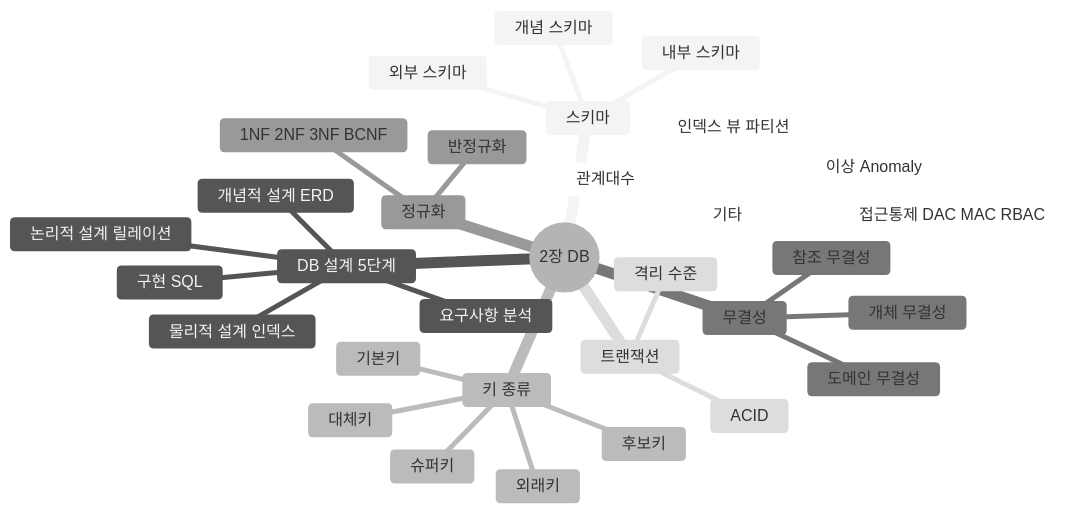
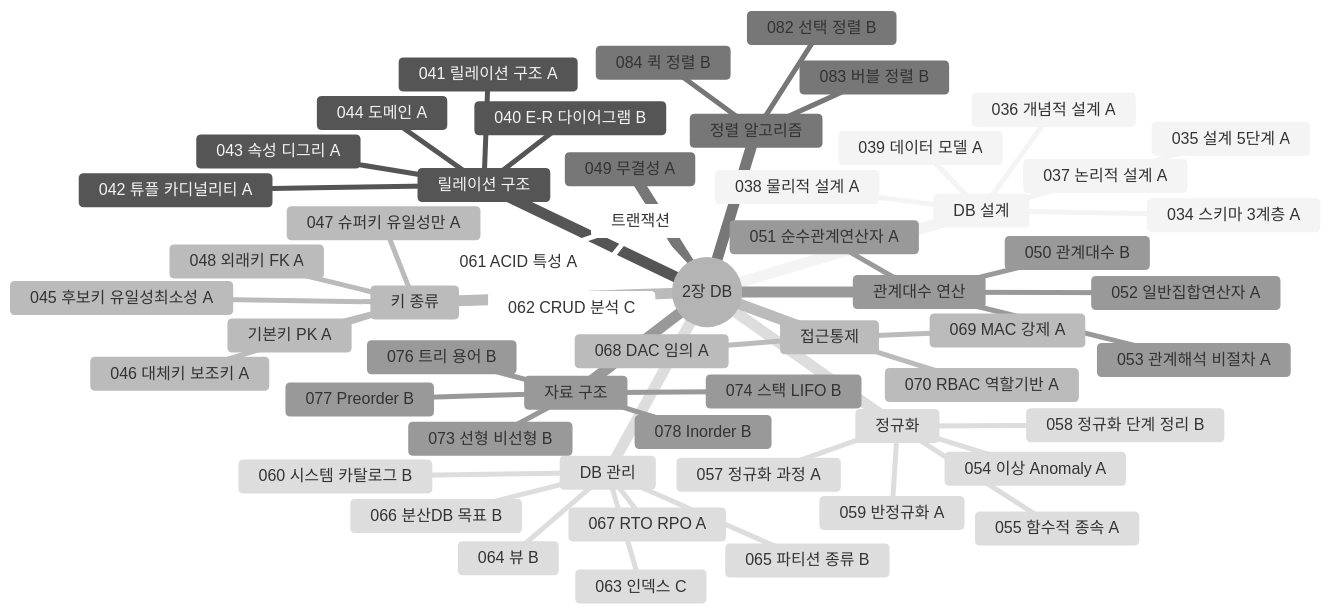
Before and after one commit to Aikaku/EIP_PT: the first of 27 diagrams in 이론/다이어그램_2장.md, drawn with Mermaid (neutral theme). The commit also changed other lines of this file, not shown here.

Commit message:
Docs : 2장 다이어그램 수정

````diff
--- a/이론/다이어그램_2장.md
+++ b/이론/다이어그램_2장.md
@@ -7,35 +7,59 @@
 ```mermaid
 mindmap
   root((2장 DB))
-    스키마
-      외부 스키마
-      개념 스키마
-      내부 스키마
-    DB 설계 5단계
-      요구사항 분석
-      개념적 설계 ERD
-      논리적 설계 릴레이션
-      물리적 설계 인덱스
-      구현 SQL
+    DB 설계
+      034 스키마 3계층 A
+      035 설계 5단계 A
+      036 개념적 설계 A
+      037 논리적 설계 A
+      038 물리적 설계 A
+      039 데이터 모델 A
+    릴레이션 구조
+      040 E-R 다이어그램 B
+      041 릴레이션 구조 A
+      042 튜플 카디널리티 A
+      043 속성 디그리 A
+      044 도메인 A
     키 종류
-      슈퍼키
-      후보키
-      기본키
-      대체키
-      외래키
-    무결성
-      개체 무결성
-      참조 무결성
-      도메인 무결성
+      045 후보키 유일성최소성 A
+      046 대체키 보조키 A
+      047 슈퍼키 유일성만 A
+      기본키 PK A
+      048 외래키 FK A
+    049 무결성 A
+    관계대수 연산
+      050 관계대수 B
+      051 순수관계연산자 A
+      052 일반집합연산자 A
+      053 관계해석 비절차 A
     정규화
-      1NF 2NF 3NF BCNF
-      반정규화
+      054 이상 Anomaly A
+      055 함수적 종속 A
+      057 정규화 과정 A
+      058 정규화 단계 정리 B
+      059 반정규화 A
     트랜잭션
-      ACID
-      격리 수준
-    기타
-      관계대수
-      이상 Anomaly
-      인덱스 뷰 파티션
-      접근통제 DAC MAC RBAC
+      061 ACID 특성 A
+      062 CRUD 분석 C
+    DB 관리
+      060 시스템 카탈로그 B
+      063 인덱스 C
+      064 뷰 B
+      065 파티션 종류 B
+      066 분산DB 목표 B
+      067 RTO RPO A
+    접근통제
+      068 DAC 임의 A
+      069 MAC 강제 A
+      070 RBAC 역할기반 A
+    자료 구조
+      073 선형 비선형 B
+      074 스택 LIFO B
+      076 트리 용어 B
+      077 Preorder B
+      078 Inorder B
+    정렬 알고리즘
+      082 선택 정렬 B
+      083 버블 정렬 B
+      084 퀵 정렬 B
 ```
````
